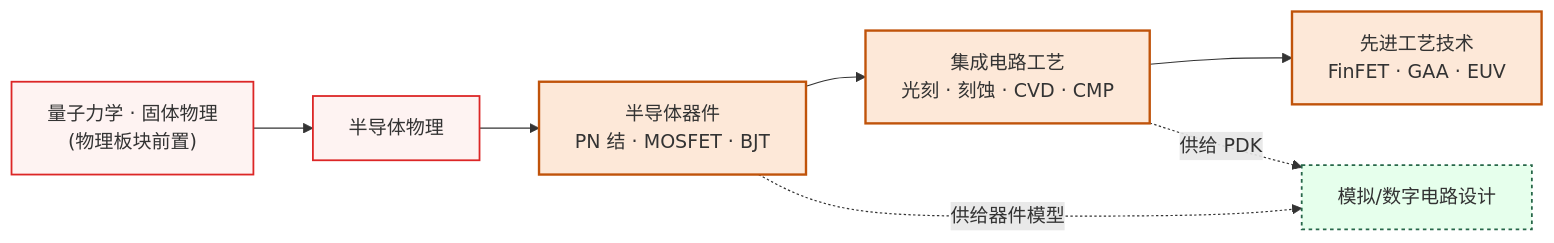
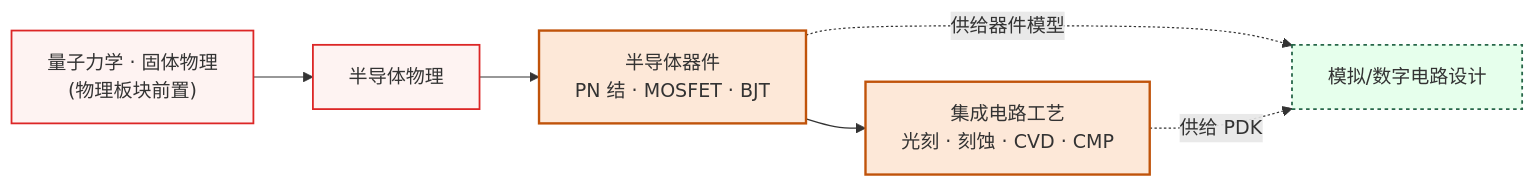
One commit to Crys-Chen/ic-guide changed the diagram in docs/学习地图/器件与工艺/index.md. Above: the diagram before and after it, drawn with Mermaid. The commit also changed other lines of this file and 11 other files, not shown here.

Commit message:
fix(学习地图): 清理全部index死引用——FDU工艺目录nav残留、已删课程的prose提及、目录式404链接、量子主讲人纠错

````diff
--- a/docs/学习地图/器件与工艺/index.md
+++ b/docs/学习地图/器件与工艺/index.md
@@ -7,16 +7,15 @@
 ```mermaid
 graph LR
     P0["量子力学 · 固体物理<br/>(物理板块前置)"] --> P1[半导体物理]
     P1 --> A[半导体器件<br/>PN 结 · MOSFET · BJT]
     A --> B[集成电路工艺<br/>光刻 · 刻蚀 · CVD · CMP]
-    B --> C[先进工艺技术<br/>FinFET · GAA · EUV]
     A -.->|供给器件模型| D[模拟/数字电路设计]
     B -.->|供给 PDK| D
 
     classDef phy fill:#FEF3F2,stroke:#DC2626,stroke-width:1.5px
     classDef dev fill:#FDE8D8,stroke:#C0530A,stroke-width:2px
     classDef next fill:#E6FFEC,stroke:#276749,stroke-width:1.5px,stroke-dasharray:3 3
     class P0,P1 phy
-    class A,B,C dev
+    class A,B dev
     class D next
 ```
````
